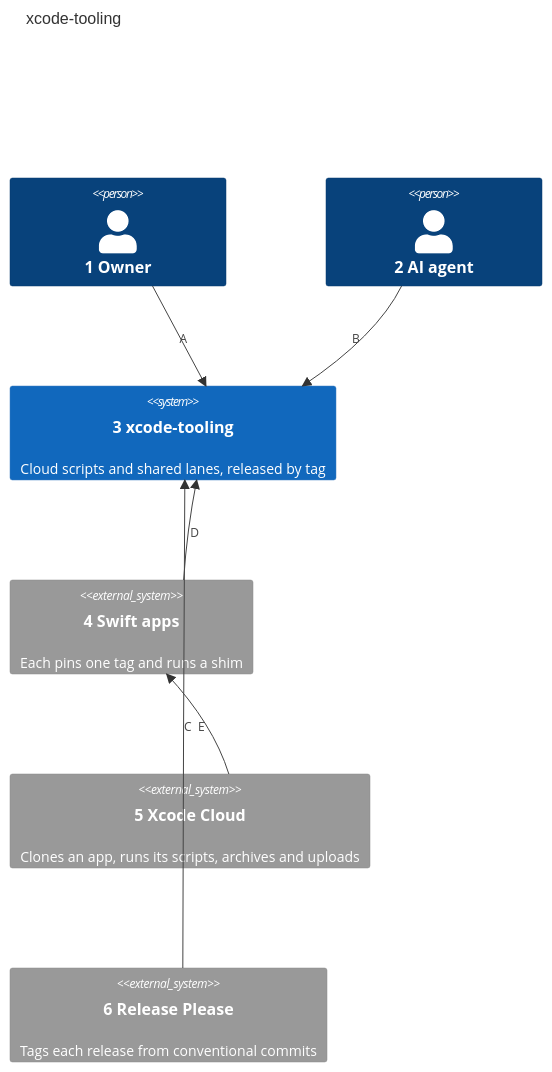
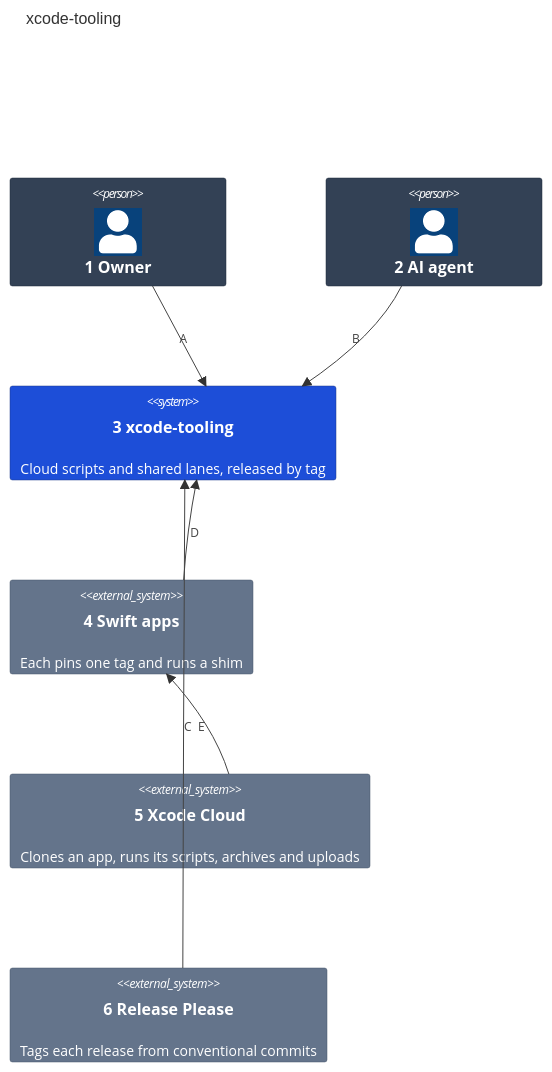
Before and after one commit to may-journal/xcode-tooling: the first of 2 diagrams in docs/architecture/01-system-context.md, drawn with Mermaid. The commit also changed other lines of this file and 5 other files, not shown here.

First line of the commit message:
docs(architecture): bring the views to the per-level form and palette (#7)

````diff
--- a/docs/architecture/01-system-context.md
+++ b/docs/architecture/01-system-context.md
@@ -7,17 +7,24 @@
 ```mermaid
 C4Context
     title xcode-tooling
 
     Person(owner, "1 Owner")
     Person(agent, "2 AI agent")
     System(tooling, "3 xcode-tooling", "Cloud scripts and shared lanes, released by tag")
     System_Ext(apps, "4 Swift apps", "Each pins one tag and runs a shim")
     System_Ext(cloud, "5 Xcode Cloud", "Clones an app, runs its scripts, archives and uploads")
     System_Ext(release, "6 Release Please", "Tags each release from conventional commits")
 
     Rel(owner, tooling, "A")
     Rel(agent, tooling, "B")
     Rel(release, tooling, "C")
     Rel(apps, tooling, "D")
     Rel(cloud, apps, "E")
+
+    UpdateElementStyle(owner, $bgColor="#334155", $borderColor="#1e293b", $fontColor="#ffffff")
+    UpdateElementStyle(agent, $bgColor="#334155", $borderColor="#1e293b", $fontColor="#ffffff")
+    UpdateElementStyle(tooling, $bgColor="#1d4ed8", $borderColor="#1e3a8a", $fontColor="#ffffff")
+    UpdateElementStyle(apps, $bgColor="#64748b", $borderColor="#475569", $fontColor="#ffffff")
+    UpdateElementStyle(cloud, $bgColor="#64748b", $borderColor="#475569", $fontColor="#ffffff")
+    UpdateElementStyle(release, $bgColor="#64748b", $borderColor="#475569", $fontColor="#ffffff")
 ```
````
